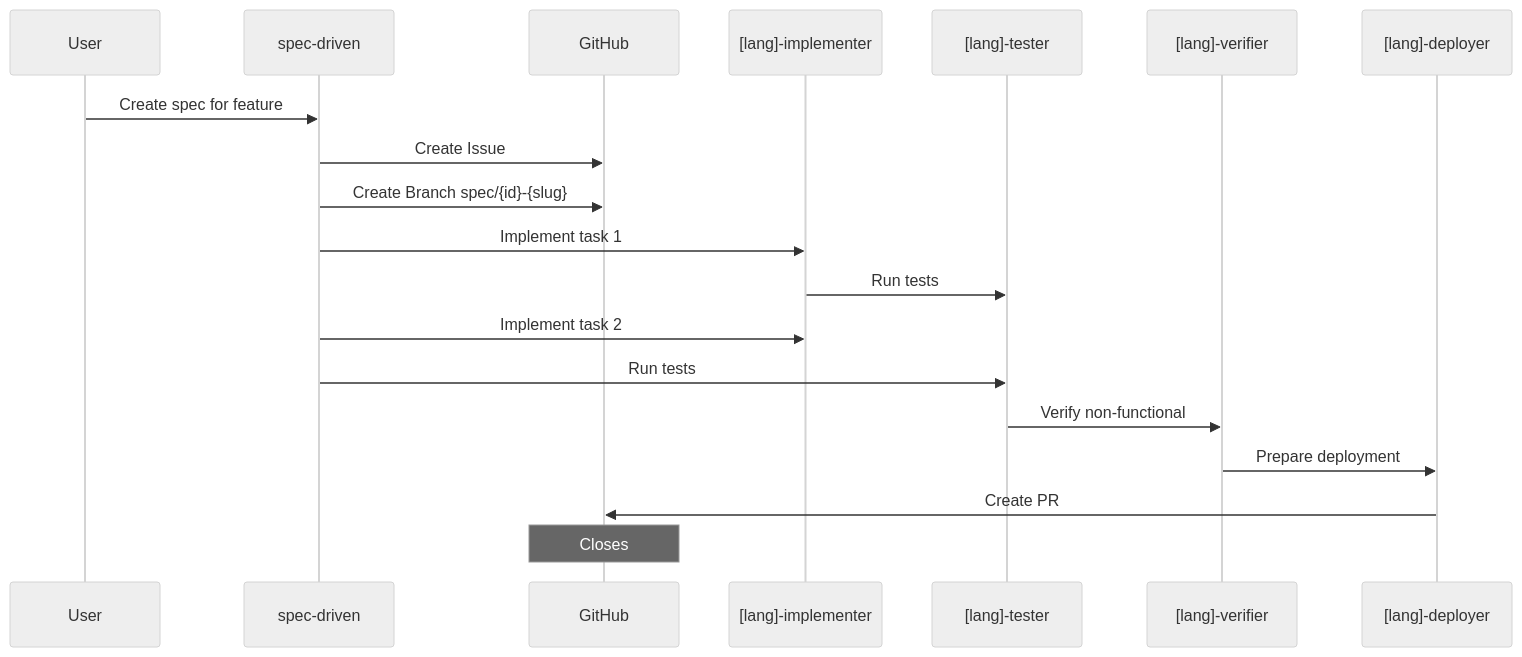
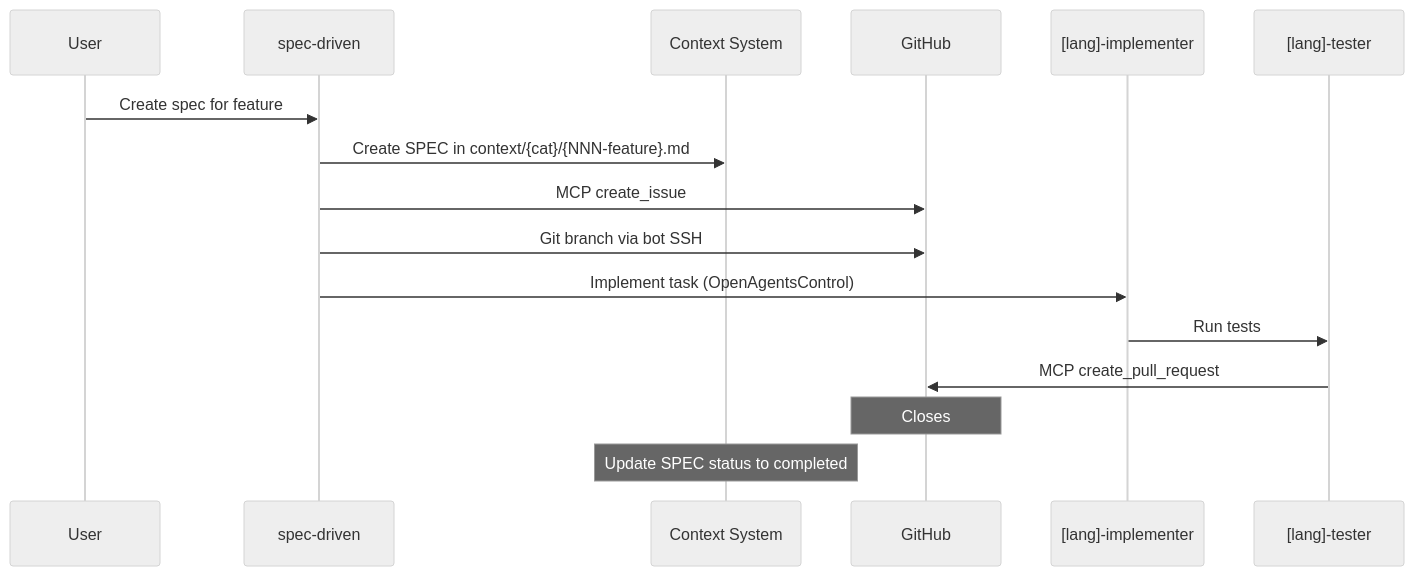
The second of 5 diagrams in docs/workflows.md (calavia-org/opencode-hub), drawn with Mermaid (neutral theme) before and after one commit. The commit also changed other lines of this file and 266 other files, not shown here.

````diff
--- a/docs/workflows.md
+++ b/docs/workflows.md
@@ -46,22 +46,19 @@
 ```mermaid
 sequenceDiagram
     participant User
     participant SD as spec-driven
+    participant Context as Context System
     participant GitHub
     participant Impl as [lang]-implementer
     participant Test as [lang]-tester
-    participant Verify as [lang]-verifier
-    participant Deploy as [lang]-deployer
 
     User->>SD: Create spec for feature
-    SD->>GitHub: Create Issue
-    SD->>GitHub: Create Branch spec/{id}-{slug}
-    SD->>Impl: Implement task 1
+    SD->>Context: Create SPEC in context/{cat}/{NNN-feature}.md
+    SD->>GitHub: MCP create_issue
+    SD->>GitHub: Git branch via bot SSH
+    SD->>Impl: Implement task (OpenAgentsControl)
     Impl->>Test: Run tests
-    SD->>Impl: Implement task 2
-    SD->>Test: Run tests
-    Test->>Verify: Verify non-functional
-    Verify->>Deploy: Prepare deployment
-    Deploy->>GitHub: Create PR
+    Test->>GitHub: MCP create_pull_request
     Note over GitHub: Closes #[issue]
+    Note over Context: Update SPEC status to completed
 ```
````
